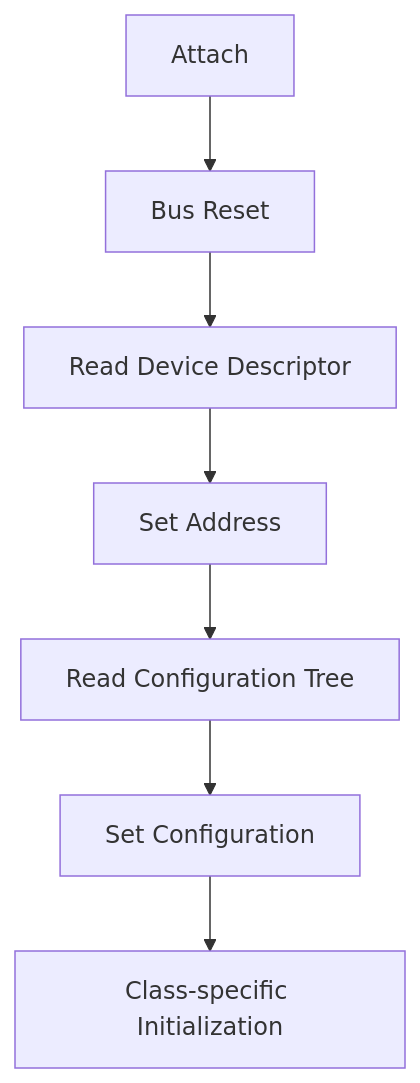
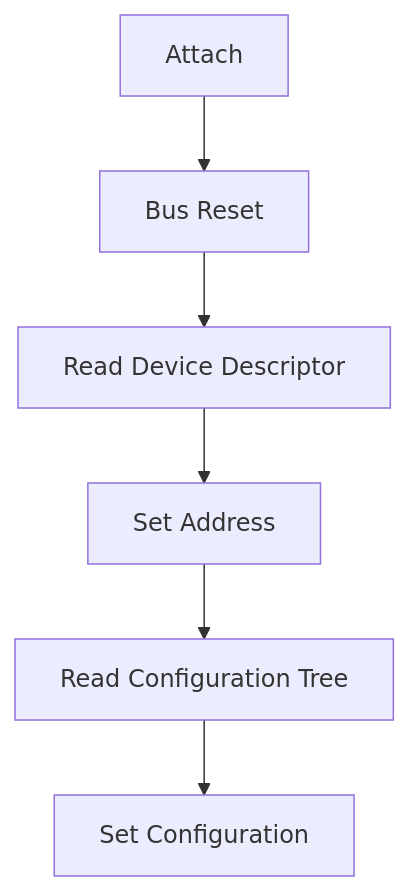
The third of 13 diagrams in books/usb-from-spec/figures-final.md (goura32/techbook), drawn with Mermaid before and after one commit. The commit also changed other lines of this file and 38 other files, not shown here.

````diff
--- a/books/usb-from-spec/figures-final.md
+++ b/books/usb-from-spec/figures-final.md
@@ -21,9 +36,8 @@
 ```mermaid
 flowchart TD
   A["Attach"] --> B["Bus Reset"]
   B --> C["Read Device Descriptor"]
   C --> D["Set Address"]
   D --> E["Read Configuration Tree"]
   E --> F["Set Configuration"]
-  F --> G["Class-specific Initialization"]
 ```
````
